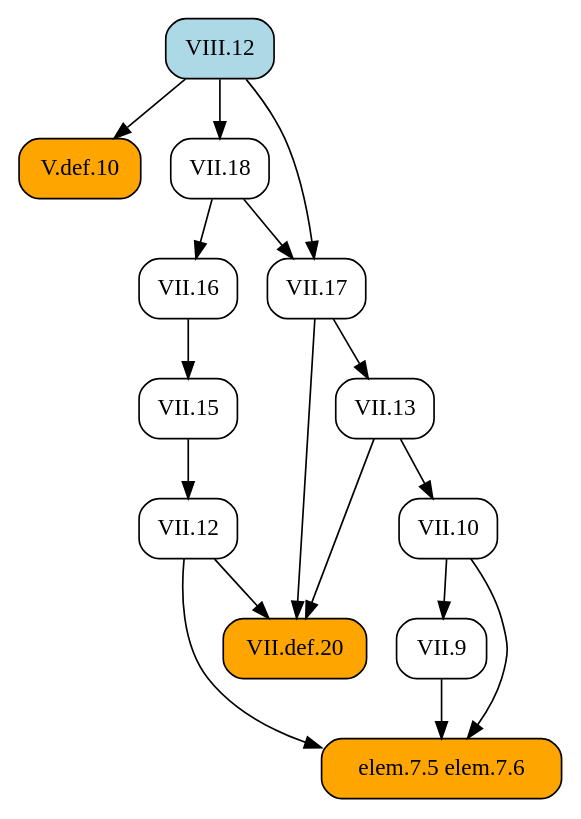
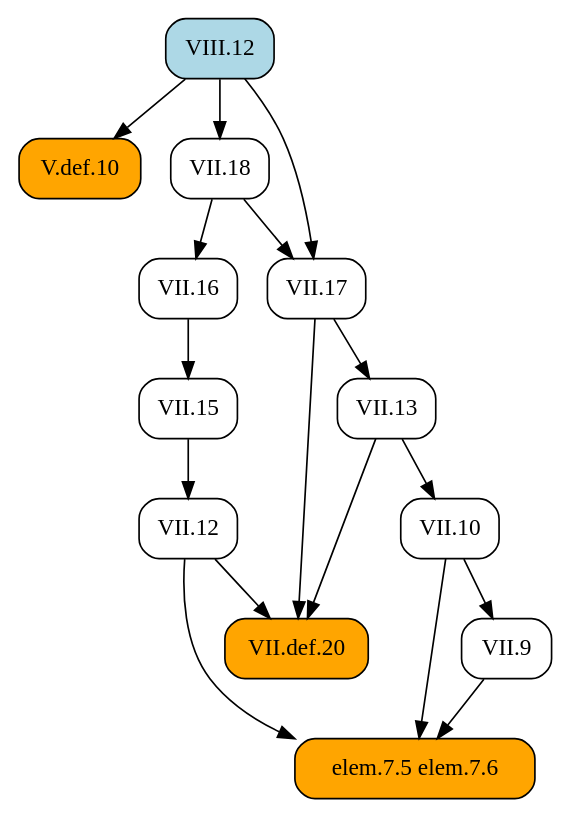
The diagram in docsrc/heath/VIII/12/index.rst (geometor/elements), drawn with Graphviz before and after one commit. The commit also changed other lines of this file and 1029 other files, not shown here.

```diff
--- a/docsrc/heath/VIII/12/index.rst
+++ b/docsrc/heath/VIII/12/index.rst
@@ -60,34 +60,34 @@
 .. graphviz::
 
    digraph {
      rankdir="TB";
      node [shape=box, style=rounded];
-     "VIII.12" [style="rounded,filled", fillcolor=lightblue, URL="/heath/VIII/12/", target="_top"];
-     "VII.15" [URL="/heath/VII/15/", target="_top"];
-     "VII.12" [URL="/heath/VII/12/", target="_top"];
+     "elem.7.5 elem.7.6" [style="rounded,filled", fillcolor=orange];
+     "VII.10" [URL="/heath/VII/10/", target="_top"];
      "V.def.10" [style="rounded,filled", fillcolor=orange, URL="/heath/V/def.10/", target="_top"];
      "VII.9" [URL="/heath/VII/9/", target="_top"];
+     "VII.18" [URL="/heath/VII/18/", target="_top"];
+     "VII.13" [URL="/heath/VII/13/", target="_top"];
+     "VII.16" [URL="/heath/VII/16/", target="_top"];
+     "VIII.12" [style="rounded,filled", fillcolor=lightblue, URL="/heath/VIII/12/", target="_top"];
+     "VII.12" [URL="/heath/VII/12/", target="_top"];
+     "VII.15" [URL="/heath/VII/15/", target="_top"];
      "VII.def.20" [style="rounded,filled", fillcolor=orange, URL="/heath/VII/def.20/", target="_top"];
-     "elem.7.5 elem.7.6" [style="rounded,filled", fillcolor=orange];
-     "VII.16" [URL="/heath/VII/16/", target="_top"];
-     "VII.13" [URL="/heath/VII/13/", target="_top"];
-     "VII.10" [URL="/heath/VII/10/", target="_top"];
-     "VII.18" [URL="/heath/VII/18/", target="_top"];
      "VII.17" [URL="/heath/VII/17/", target="_top"];
-     "VII.16" -> "VII.15";
-     "VII.15" -> "VII.12";
+     "VII.9" -> "elem.7.5 elem.7.6";
+     "VII.10" -> "elem.7.5 elem.7.6";
+     "VII.12" -> "elem.7.5 elem.7.6";
+     "VII.13" -> "VII.10";
      "VIII.12" -> "V.def.10";
      "VII.10" -> "VII.9";
+     "VIII.12" -> "VII.18";
+     "VII.17" -> "VII.13";
+     "VII.18" -> "VII.16";
+     "VII.15" -> "VII.12";
+     "VII.16" -> "VII.15";
      "VII.12" -> "VII.def.20";
      "VII.13" -> "VII.def.20";
      "VII.17" -> "VII.def.20";
-     "VII.9" -> "elem.7.5 elem.7.6";
-     "VII.10" -> "elem.7.5 elem.7.6";
-     "VII.12" -> "elem.7.5 elem.7.6";
-     "VII.18" -> "VII.16";
-     "VII.17" -> "VII.13";
-     "VII.13" -> "VII.10";
-     "VIII.12" -> "VII.18";
      "VII.18" -> "VII.17";
      "VIII.12" -> "VII.17";
    }
```
